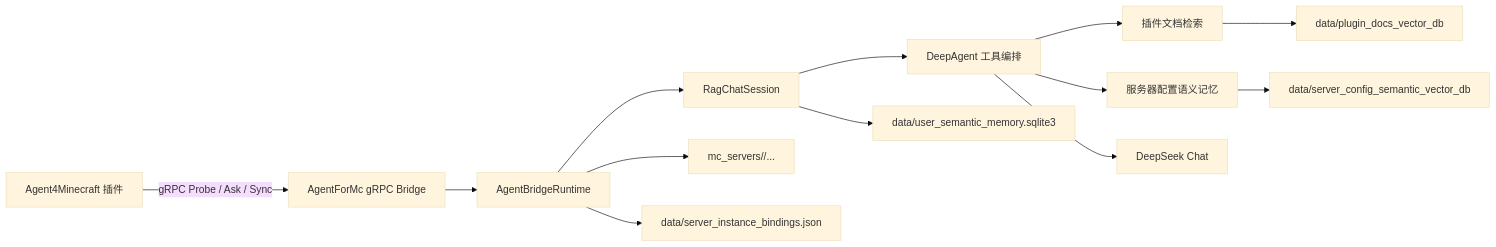
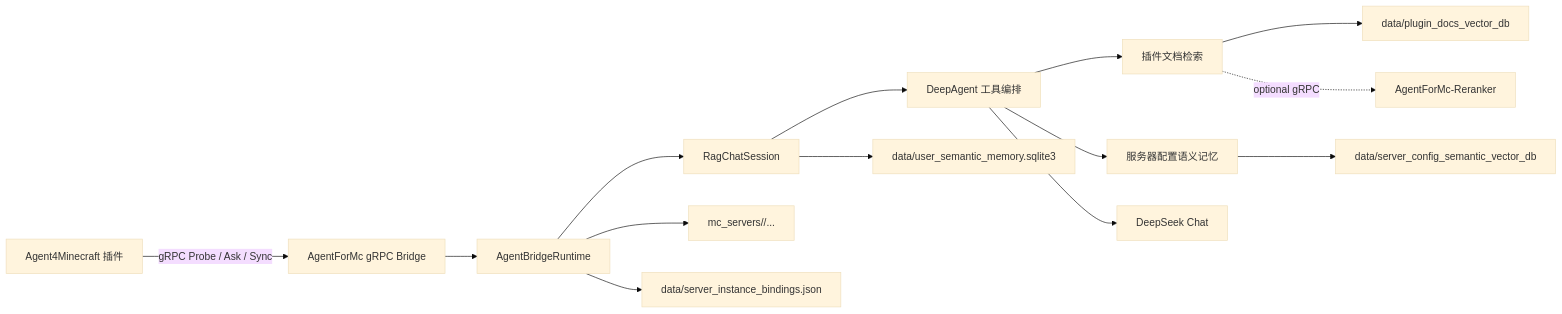
One commit to EternalmBlue/AgentForMc changed the diagram in README.md. Above: the diagram before and after it, drawn with Mermaid (base theme). The commit also changed other lines of this file and 17 other files, not shown here.

Commit message:
feat: implement gRPC reranker client and enhance retrieval fallback mechanism

````diff
--- a/README.md
+++ b/README.md
@@ -39,15 +40,16 @@
 ```mermaid
 flowchart LR
     Plugin["Agent4Minecraft 插件"] -->|"gRPC Probe / Ask / Sync"| Bridge["AgentForMc gRPC Bridge"]
     Bridge --> Runtime["AgentBridgeRuntime"]
     Runtime --> Session["RagChatSession"]
     Session --> DeepAgent["DeepAgent 工具编排"]
     DeepAgent --> Docs["插件文档检索"]
     DeepAgent --> ConfigMemory["服务器配置语义记忆"]
     DeepAgent --> LLM["DeepSeek Chat"]
     Docs --> LanceDocs["data/plugin_docs_vector_db"]
+    Docs -. optional gRPC .-> Reranker["AgentForMc-Reranker"]
     ConfigMemory --> LanceConfig["data/server_config_semantic_vector_db"]
     Runtime --> Uploads["mc_servers/<server.id>/..."]
     Runtime --> Identity["data/server_instance_bindings.json"]
     Session --> UserMemory["data/user_semantic_memory.sqlite3"]
 ```
````
